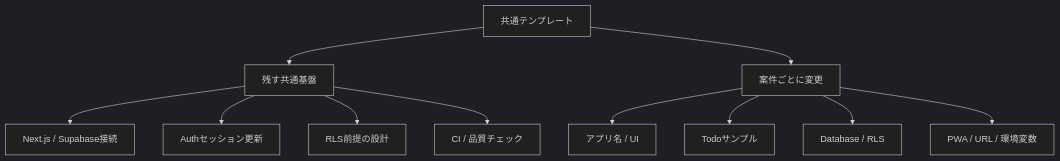
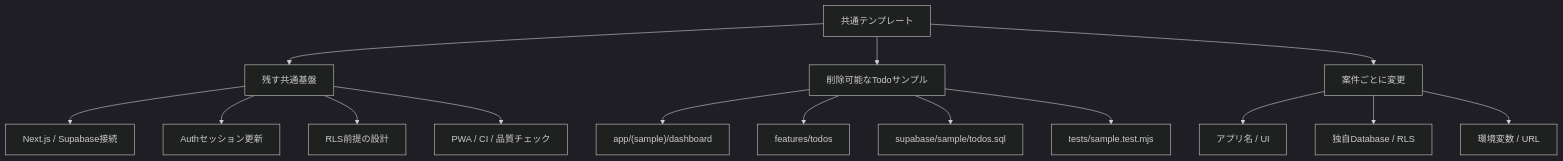
The first of 6 diagrams in docs/CUSTOMIZING.md (k-systems202208/nextjs-supabase-vercel-webapp-template), drawn with Mermaid (dark theme) before and after one commit. The commit also changed other lines of this file and 15 other files, not shown here.

````diff
--- a/docs/CUSTOMIZING.md
+++ b/docs/CUSTOMIZING.md
@@ -9,15 +9,20 @@
 ```mermaid
 flowchart TD
     T["共通テンプレート"] --> K["残す共通基盤"]
+    T --> S["削除可能なTodoサンプル"]
     T --> C["案件ごとに変更"]
 
     K --> K1["Next.js / Supabase接続"]
     K --> K2["Authセッション更新"]
     K --> K3["RLS前提の設計"]
-    K --> K4["CI / 品質チェック"]
+    K --> K4["PWA / CI / 品質チェック"]
+
+    S --> S1["app/(sample)/dashboard"]
+    S --> S2["features/todos"]
+    S --> S3["supabase/sample/todos.sql"]
+    S --> S4["tests/sample.test.mjs"]
 
     C --> C1["アプリ名 / UI"]
-    C --> C2["Todoサンプル"]
-    C --> C3["Database / RLS"]
-    C --> C4["PWA / URL / 環境変数"]
+    C --> C2["独自Database / RLS"]
+    C --> C3["環境変数 / URL"]
 ```
````
